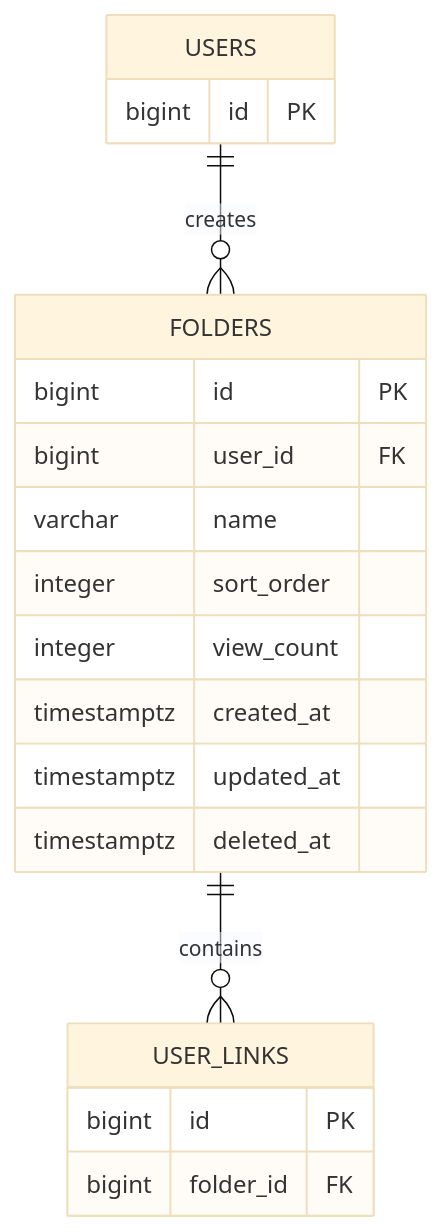
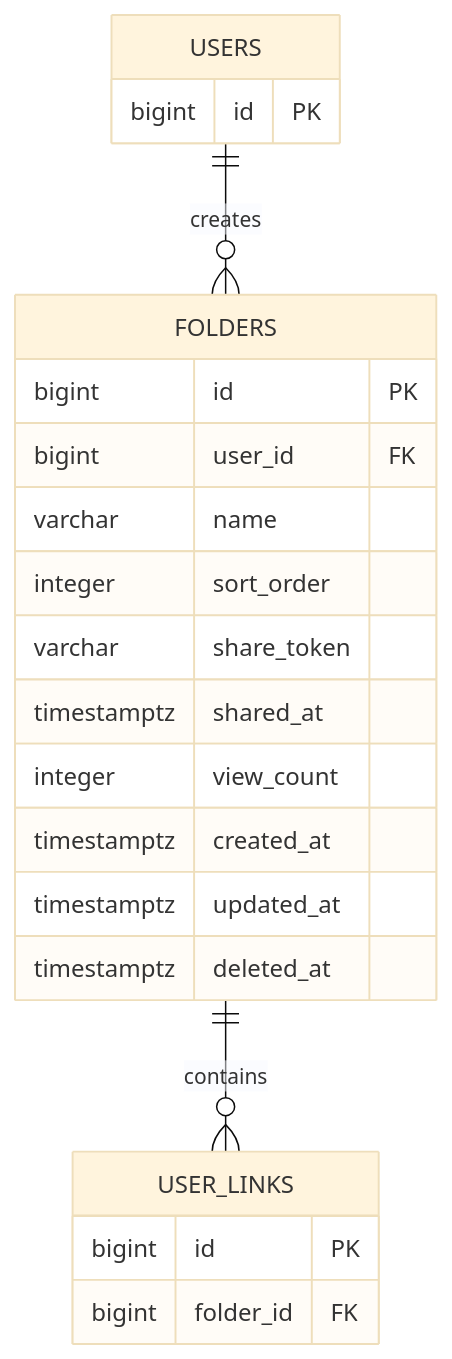
One commit to mash-up-kr/Promise.9-Server changed the diagram in docs/database/tables/folders.md. Above: the diagram before and after it, drawn with Mermaid (base theme). The commit also changed other lines of this file and 1 other file, not shown here.

````diff
--- a/docs/database/tables/folders.md
+++ b/docs/database/tables/folders.md
@@ -7,25 +7,27 @@
 ```mermaid
 erDiagram
   USERS ||--o{ FOLDERS : creates
   FOLDERS ||--o{ USER_LINKS : contains
 
   USERS {
     bigint id PK
   }
 
   FOLDERS {
     bigint id PK
     bigint user_id FK
     varchar name
     integer sort_order
+    varchar share_token
+    timestamptz shared_at
     integer view_count
     timestamptz created_at
     timestamptz updated_at
     timestamptz deleted_at
   }
 
   USER_LINKS {
     bigint id PK
     bigint folder_id FK
   }
 ```
````
